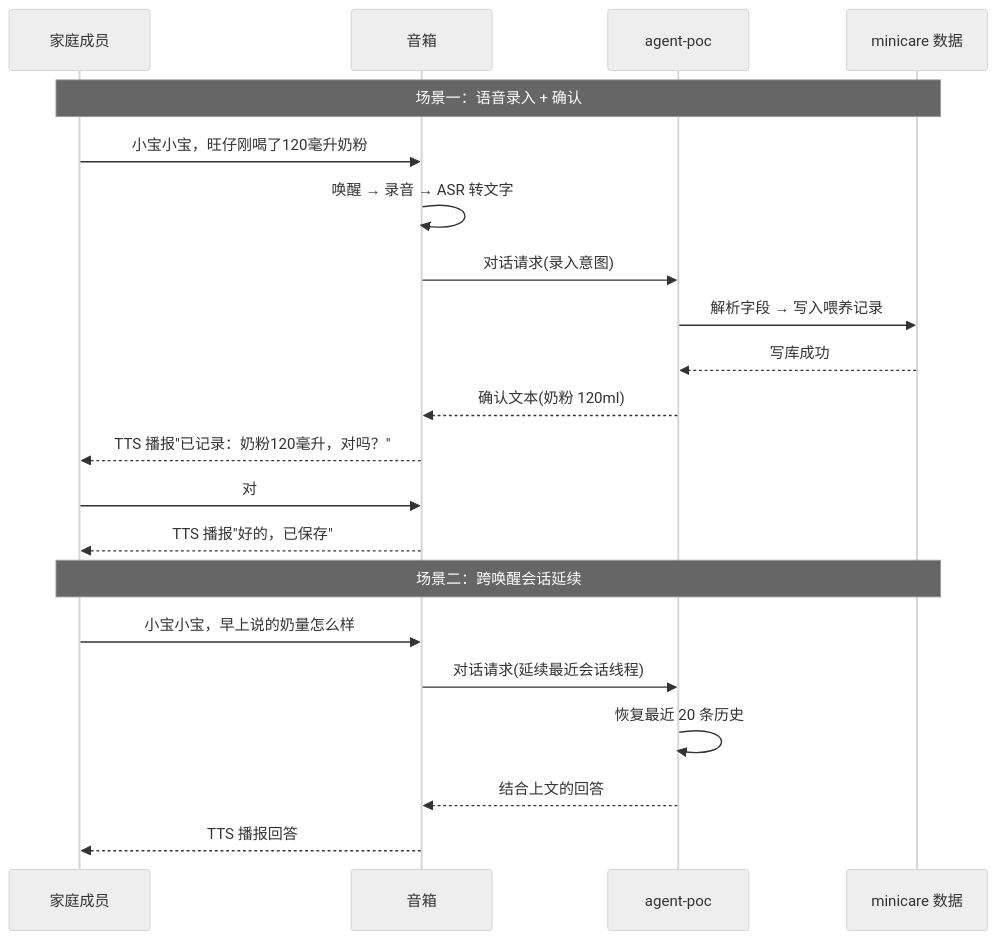
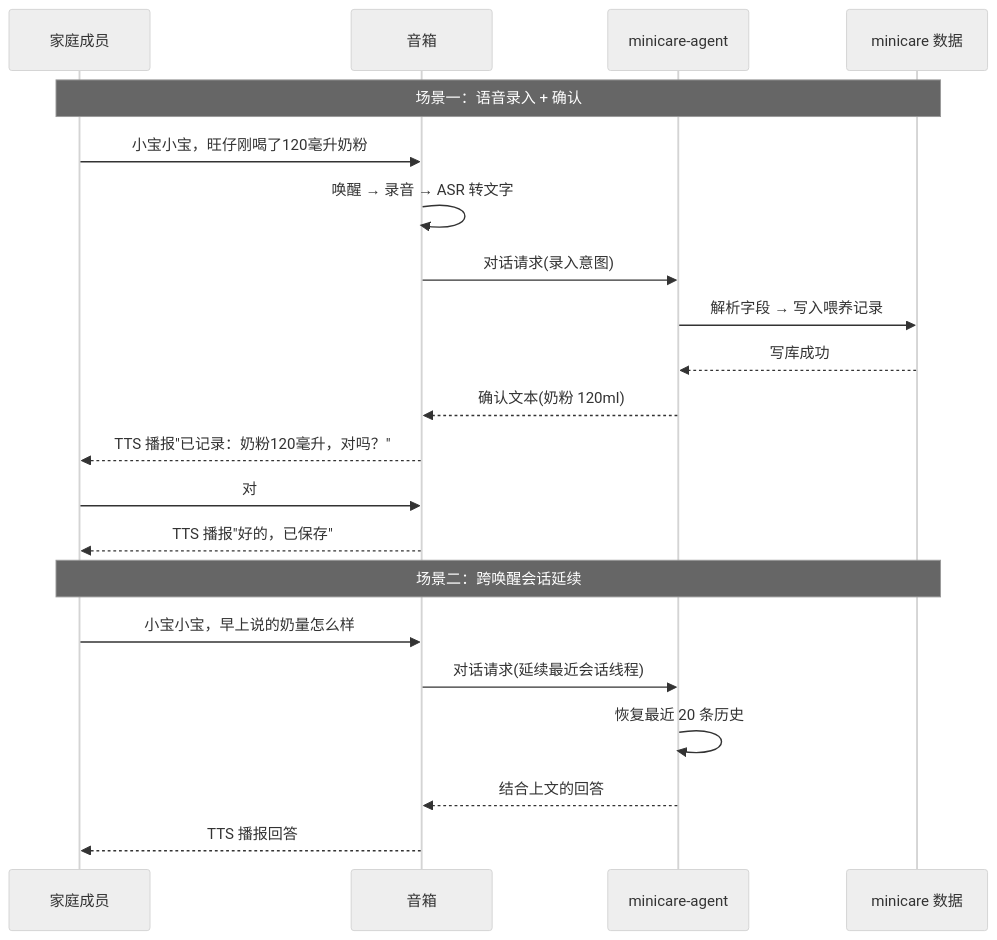
The third of 3 diagrams in docs/prd/PRD-004.md (BingBlog/minicare), drawn with Mermaid (neutral theme) before and after one commit. The commit also changed other lines of this file and 187 other files, not shown here.

First line of the commit message:
chore(agent): agent-poc 更名为 minicare-agent（目录改名 + 全仓引用同步）

````diff
--- a/docs/prd/PRD-004.md
+++ b/docs/prd/PRD-004.md
@@ -80,25 +80,25 @@
 ```mermaid
 sequenceDiagram
   participant U as 家庭成员
   participant S as 音箱
-  participant A as agent-poc
+  participant A as minicare-agent
   participant D as minicare 数据
 
   Note over U,D: 场景一：语音录入 + 确认
   U->>S: 小宝小宝，旺仔刚喝了120毫升奶粉
   S->>S: 唤醒 → 录音 → ASR 转文字
   S->>A: 对话请求(录入意图)
   A->>D: 解析字段 → 写入喂养记录
   D-->>A: 写库成功
   A-->>S: 确认文本(奶粉 120ml)
   S-->>U: TTS 播报"已记录：奶粉120毫升，对吗？"
   U->>S: 对
   S-->>U: TTS 播报"好的，已保存"
 
   Note over U,D: 场景二：跨唤醒会话延续
   U->>S: 小宝小宝，早上说的奶量怎么样
   S->>A: 对话请求(延续最近会话线程)
   A->>A: 恢复最近 20 条历史
   A-->>S: 结合上文的回答
   S-->>U: TTS 播报回答
 ```
````
